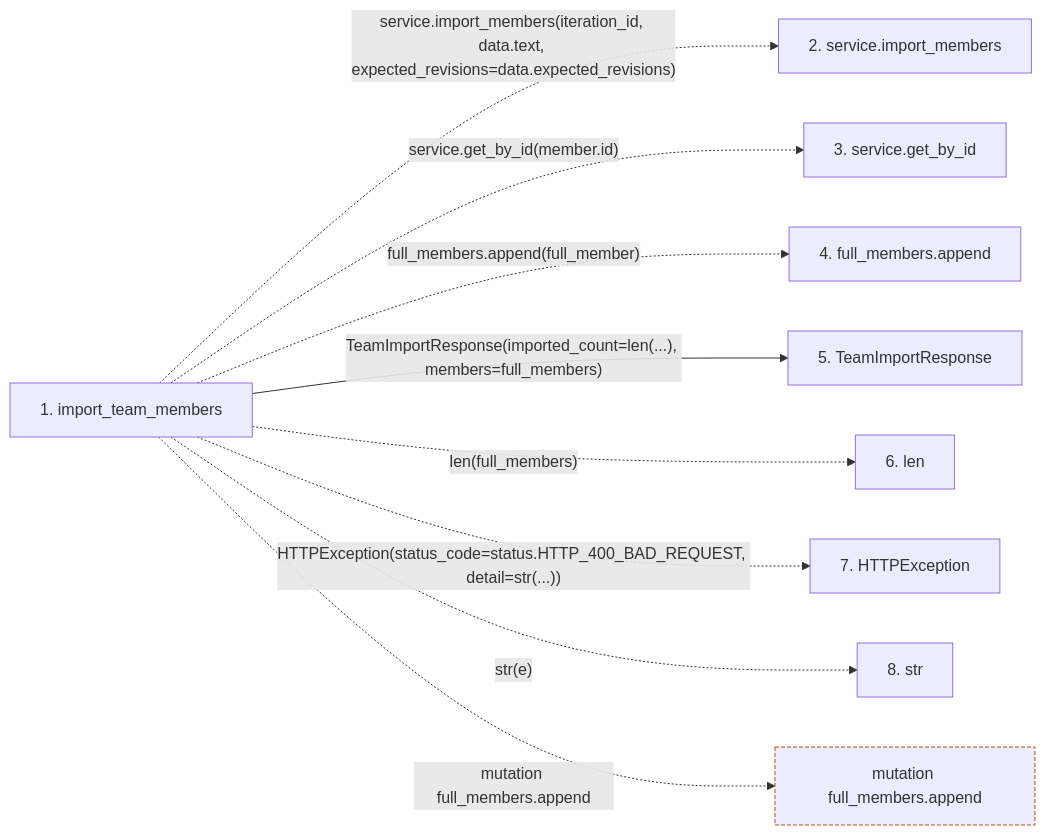
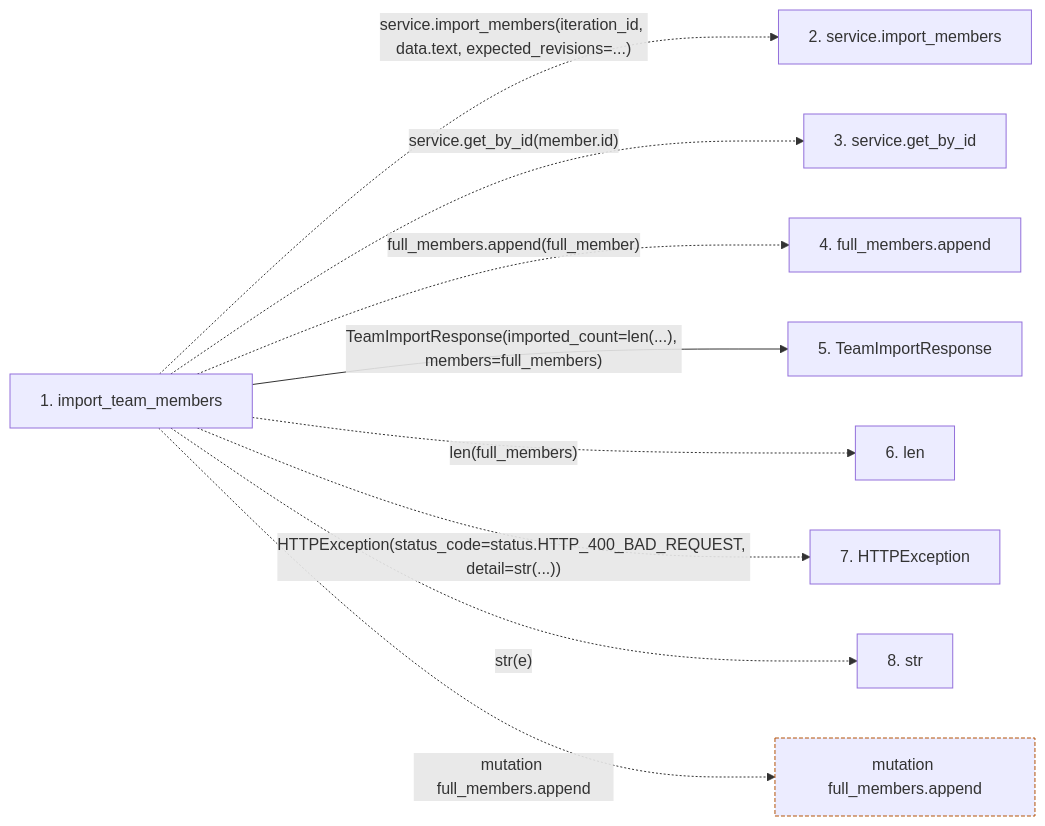
One commit to Denissvgn/WorkChord changed the second of 2 diagrams in docs/llm_wiki/flows/http-import_team_members.md. Above: the diagram before and after it, drawn with Mermaid. The commit also changed other lines of this file and 10148 other files, not shown here.

````diff
--- a/docs/llm_wiki/flows/http-import_team_members.md
+++ b/docs/llm_wiki/flows/http-import_team_members.md
@@ -32,24 +32,24 @@
 ```mermaid
 flowchart LR
     s1["1. import_team_members"]
     s2["2. service.import_members"]
     s3["3. service.get_by_id"]
     s4["4. full_members.append"]
     s5["5. TeamImportResponse"]
     s6["6. len"]
     s7["7. HTTPException"]
     s8["8. str"]
-    s1 -. "service.import_members(iteration_id, data.text, expected_revisions=data.expected_revisions)" .-> s2
+    s1 -. "service.import_members(iteration_id, data.text, expected_revisions=...)" .-> s2
     s1 -. "service.get_by_id(member.id)" .-> s3
     s1 -. "full_members.append(full_member)" .-> s4
     s1 -->|"TeamImportResponse(imported_count=len(...), members=full_members)"| s5
     s1 -. "len(full_members)" .-> s6
     s1 -. "HTTPException(status_code=status.HTTP_400_BAD_REQUEST, detail=str(...))" .-> s7
     s1 -. "str(e)" .-> s8
     b0["mutation full_members.append"]
     s1 -. "mutation full_members.append" .-> b0
     click s1 "../modules/routers_team.md"
     click s5 "../modules/schemas_team.md"
     classDef boundary stroke:#b45309,stroke-dasharray: 4 2
     class b0 boundary
 ```
````
